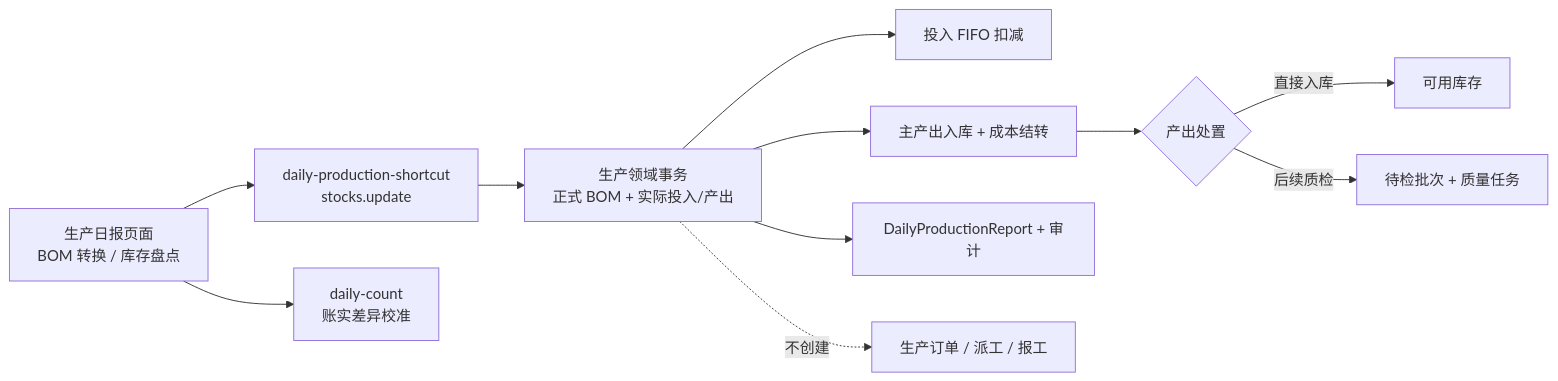
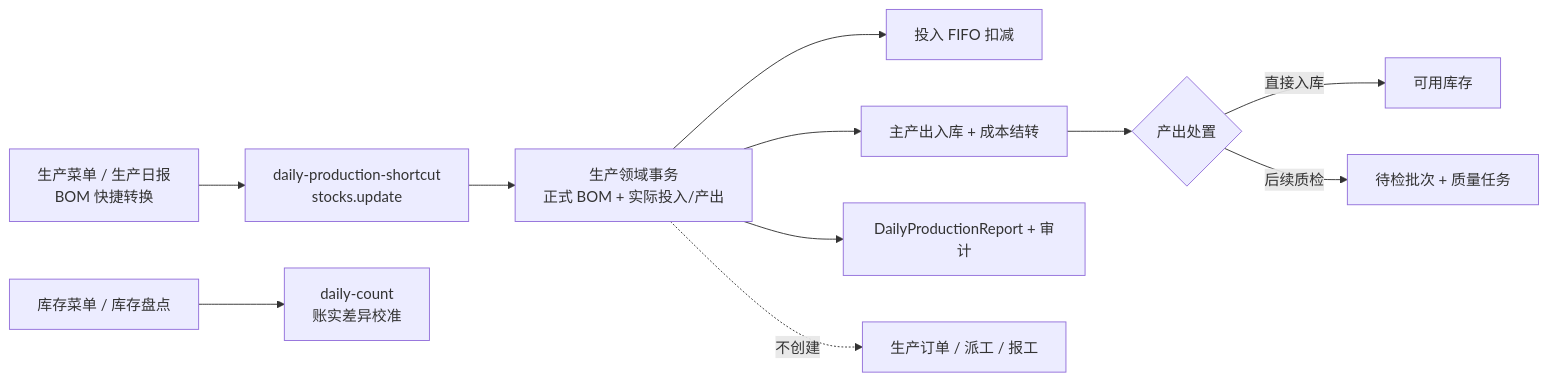
One commit to goldf2/mes-lite changed the ninth of 13 diagrams in docs/architecture/系统结构图.md. Above: the diagram before and after it, drawn with Mermaid. The commit also changed other lines of this file and 30 other files, not shown here.

````diff
--- a/docs/architecture/系统结构图.md
+++ b/docs/architecture/系统结构图.md
@@ -275,13 +275,13 @@
 ```mermaid
 flowchart LR
-  Page["生产日报页面\nBOM 转换 / 库存盘点"] --> API["daily-production-shortcut\nstocks.update"]
+  Page["生产菜单 / 生产日报\nBOM 快捷转换"] --> API["daily-production-shortcut\nstocks.update"]
   API --> Production["生产领域事务\n正式 BOM + 实际投入/产出"]
   Production --> Input["投入 FIFO 扣减"]
   Production --> Output["主产出入库 + 成本结转"]
   Output --> Disposition{"产出处置"}
   Disposition -->|直接入库| Available["可用库存"]
   Disposition -->|后续质检| Quarantine["待检批次 + 质量任务"]
   Production --> Report["DailyProductionReport + 审计"]
-  Page --> Count["daily-count\n账实差异校准"]
+  CountPage["库存菜单 / 库存盘点"] --> Count["daily-count\n账实差异校准"]
   Production -.不创建.-> Order["生产订单 / 派工 / 报工"]
 ```
````
